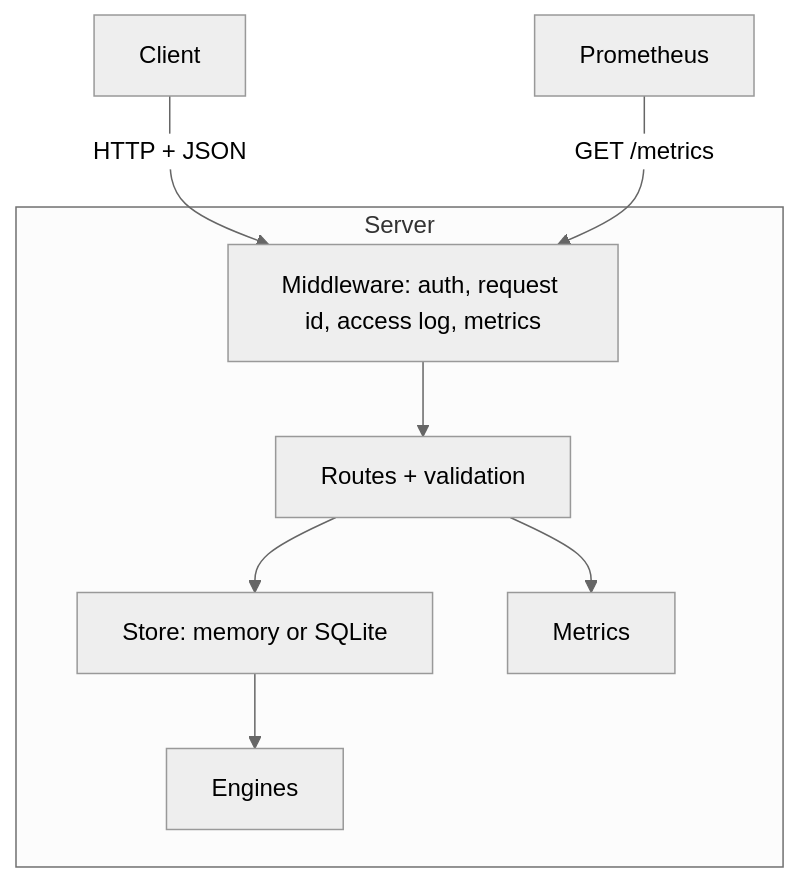
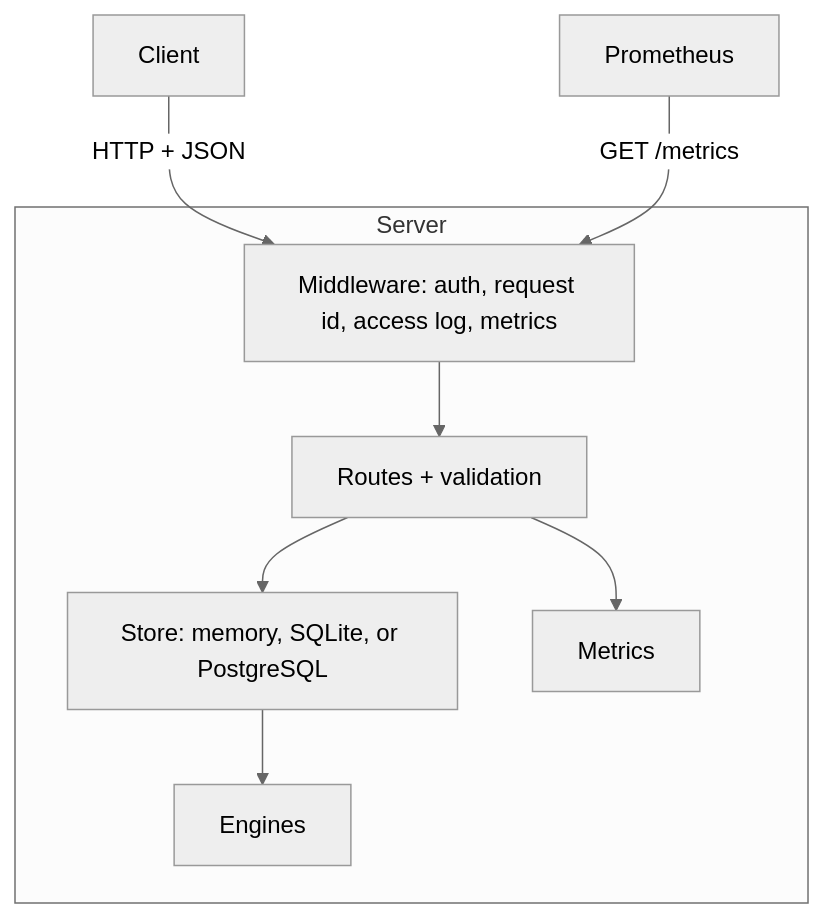
Before and after one commit to codealisha99/ai-inference-layer: the first of 2 diagrams in ARCHITECTURE.md, drawn with Mermaid (neutral theme). The commit also changed other lines of this file and 25 other files, not shown here.

````diff
--- a/ARCHITECTURE.md
+++ b/ARCHITECTURE.md
@@ -20,12 +20,12 @@
 ```mermaid
 graph TD
     Client -->|HTTP + JSON| Middleware
     subgraph Server
         Middleware[Middleware: auth, request id, access log, metrics]
         Middleware --> Routes[Routes + validation]
-        Routes --> Store[Store: memory or SQLite]
+        Routes --> Store[Store: memory, SQLite, or PostgreSQL]
         Store --> Engines[Engines]
         Routes --> Metrics[Metrics]
     end
     Prometheus -->|GET /metrics| Middleware
 ```
````
